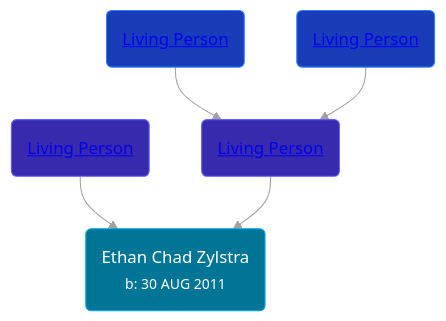
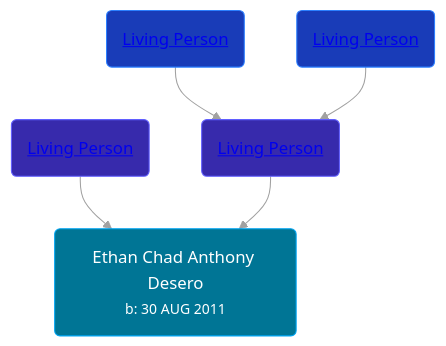
Before and after one commit to wpmgotkh/wpmgotkh.github.io: the diagram in pages/people/4/44066798.md, drawn with Mermaid. The commit also changed other lines of this file and 257 other files, not shown here.

````diff
--- a/pages/people/4/44066798.md
+++ b/pages/people/4/44066798.md
@@ -11,12 +11,12 @@
 ```mermaid
 graph
 classDef grands fill:#193cb8,stroke:#2b7fff,stroke-width:1px,color:#fff;
 classDef parents fill:#372aac,stroke:#615fff,stroke-width:1px,color:#fff;
 classDef primary fill:#007595,stroke:#00a6f4,stroke-width:1px,color:#fff;
-44066798(Ethan Chad Zylstra<br /><small>b: 30 AUG 2011</small>):::primary
+44066798(Ethan Chad Anthony Desero<br /><small>b: 30 AUG 2011</small>):::primary
 11240493(<a class="text-white" href="/people/1/11240493">Living Person</a>):::parents-->44066798
 59787254(<a class="text-white" href="/people/5/59787254">Living Person</a>):::parents-->44066798
 47560746(<a class="text-white" href="/people/4/47560746">Living Person</a>):::grands-->59787254
 89027494(<a class="text-white" href="/people/8/89027494">Living Person</a>):::grands-->59787254
 linkStyle default stroke:#a1a1a1
 ```
````
